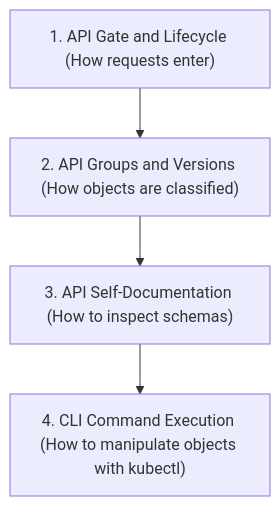
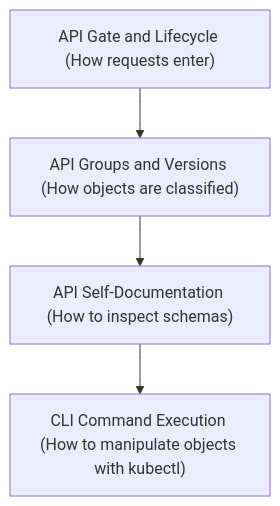
The diagram in Reference Notes/01_kube_api_and_kubectl.md (kmashour/BrainDump), drawn with Mermaid before and after one commit. The commit also changed 15 other files, not shown here.

Commit message:
docs: remove leading numbers from mermaid node labels to avoid list parsing errors

````diff
--- a/Reference Notes/01_kube_api_and_kubectl.md
+++ b/Reference Notes/01_kube_api_and_kubectl.md
@@ -11,6 +11,6 @@
 ```mermaid
 graph TD
-    A["1. API Gate and Lifecycle (How requests enter)"] --> B["2. API Groups and Versions (How objects are classified)"]
-    B --> C["3. API Self-Documentation (How to inspect schemas)"]
-    C --> D["4. CLI Command Execution (How to manipulate objects with kubectl)"]
+    A["API Gate and Lifecycle (How requests enter)"] --> B["API Groups and Versions (How objects are classified)"]
+    B --> C["API Self-Documentation (How to inspect schemas)"]
+    C --> D["CLI Command Execution (How to manipulate objects with kubectl)"]
 ```
````
